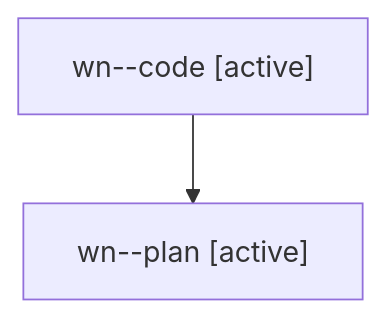
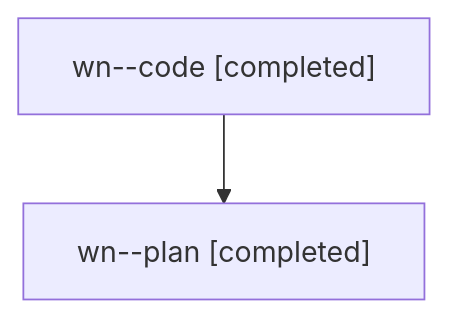
The diagram in families/bbugyi200.athena.wn.md (sase-org/sase--agents), drawn with Mermaid before and after one commit. The commit also changed other lines of this file and 1497 other files, not shown here.

````diff
--- a/families/bbugyi200.athena.wn.md
+++ b/families/bbugyi200.athena.wn.md
@@ -9,6 +9,6 @@
 ```mermaid
 flowchart TD
-  n0["wn--code [active]"]
-  n1["wn--plan [active]"]
+  n0["wn--code [completed]"]
+  n1["wn--plan [completed]"]
   n0 --> n1
 ```
````
